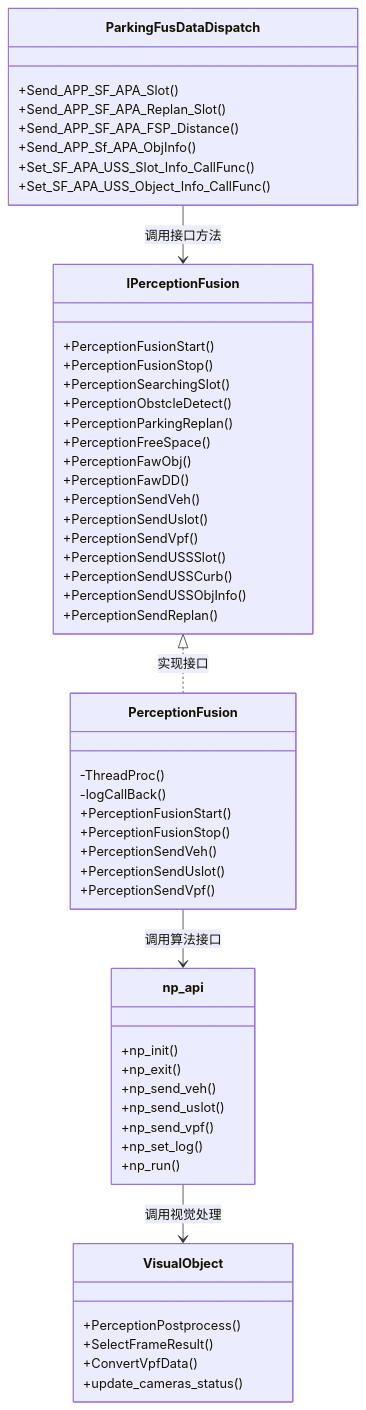
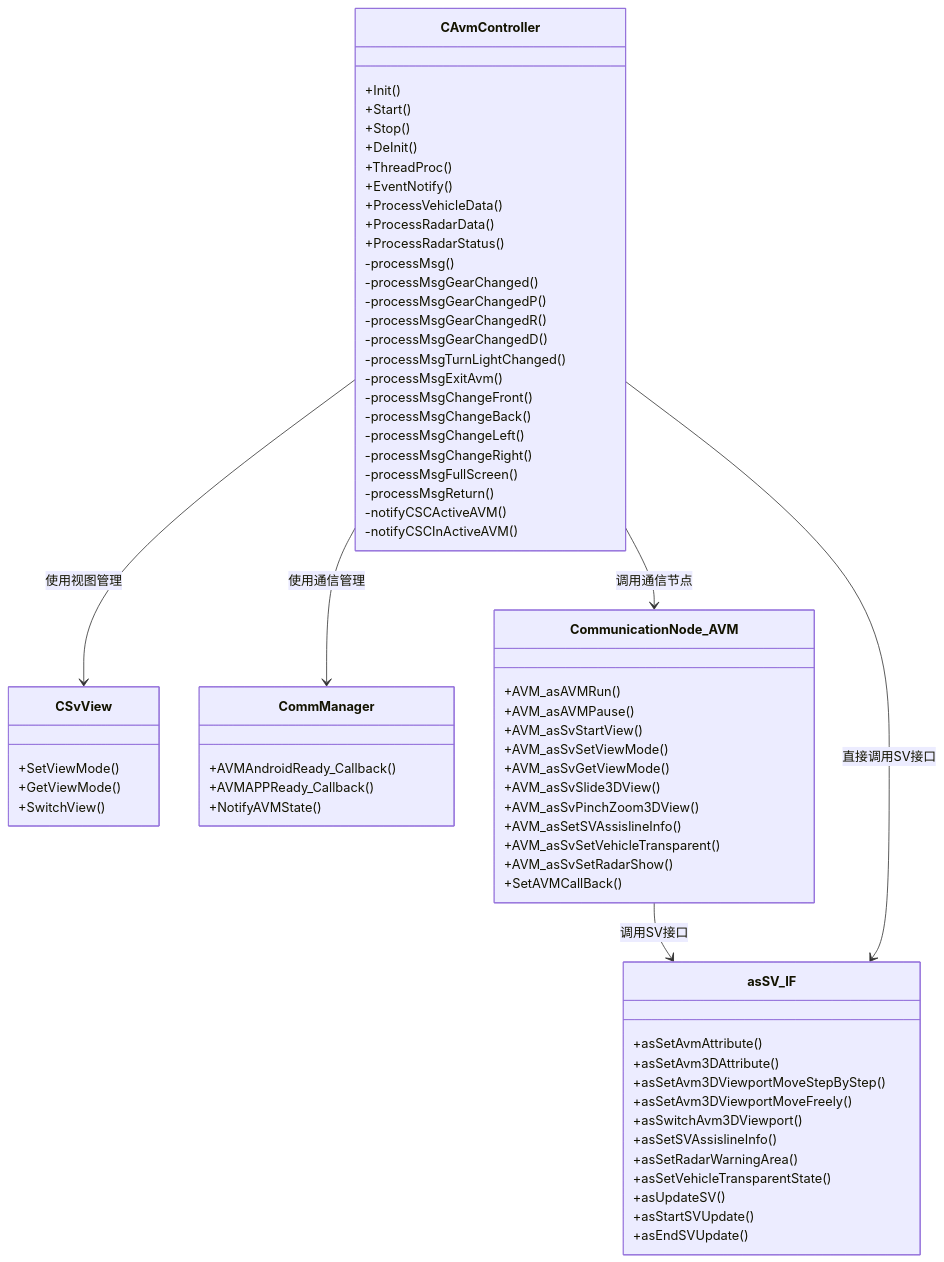
One commit to wangye311/AVM changed the second of 9 diagrams in 项目架构图.md. Above: the diagram before and after it, drawn with Mermaid. The commit also changed other lines of this file, not shown here.

````diff
--- a/项目架构图.md
+++ b/项目架构图.md
@@ -379,61 +119,75 @@
 ```mermaid
 classDiagram
-    class ParkingFusDataDispatch {
-        +Send_APP_SF_APA_Slot()
-        +Send_APP_SF_APA_Replan_Slot()
-        +Send_APP_SF_APA_FSP_Distance()
-        +Send_APP_Sf_APA_ObjInfo()
-        +Set_SF_APA_USS_Slot_Info_CallFunc()
-        +Set_SF_APA_USS_Object_Info_CallFunc()
+    class CAvmController {
+        +Init()
+        +Start()
+        +Stop()
+        +DeInit()
+        +ThreadProc()
+        +EventNotify()
+        +ProcessVehicleData()
+        +ProcessRadarData()
+        +ProcessRadarStatus()
+        -processMsg()
+        -processMsgGearChanged()
+        -processMsgGearChangedP()
+        -processMsgGearChangedR()
+        -processMsgGearChangedD()
+        -processMsgTurnLightChanged()
+        -processMsgExitAvm()
+        -processMsgChangeFront()
+        -processMsgChangeBack()
+        -processMsgChangeLeft()
+        -processMsgChangeRight()
+        -processMsgFullScreen()
+        -processMsgReturn()
+        -notifyCSCActiveAVM()
+        -notifyCSCInActiveAVM()
     }
     
-    class IPerceptionFusion {
-        +PerceptionFusionStart()
-        +PerceptionFusionStop()
-        +PerceptionSearchingSlot()
-        +PerceptionObstcleDetect()
-        +PerceptionParkingReplan()
-        +PerceptionFreeSpace()
-        +PerceptionFawObj()
-        +PerceptionFawDD()
-        +PerceptionSendVeh()
-        +PerceptionSendUslot()
-        +PerceptionSendVpf()
-        +PerceptionSendUSSSlot()
-        +PerceptionSendUSSCurb()
-        +PerceptionSendUSSObjInfo()
-        +PerceptionSendReplan()
+    class CSvView {
+        +SetViewMode()
+        +GetViewMode()
+        +SwitchView()
     }
     
-    class PerceptionFusion {
-        -ThreadProc()
-        -logCallBack()
-        +PerceptionFusionStart()
-        +PerceptionFusionStop()
-        +PerceptionSendVeh()
-        +PerceptionSendUslot()
-        +PerceptionSendVpf()
+    class CommManager {
+        +AVMAndroidReady_Callback()
+        +AVMAPPReady_Callback()
+        +NotifyAVMState()
     }
     
-    class np_api {
-        +np_init()
-        +np_exit()
-        +np_send_veh()
-        +np_send_uslot()
-        +np_send_vpf()
-        +np_set_log()
-        +np_run()
+    class CommunicationNode_AVM {
+        +AVM_asAVMRun()
+        +AVM_asAVMPause()
+        +AVM_asSvStartView()
+        +AVM_asSvSetViewMode()
+        +AVM_asSvGetViewMode()
+        +AVM_asSvSlide3DView()
+        +AVM_asSvPinchZoom3DView()
+        +AVM_asSetSVAssislineInfo()
+        +AVM_asSvSetVehicleTransparent()
+        +AVM_asSvSetRadarShow()
+        +SetAVMCallBack()
     }
     
-    class VisualObject {
-        +PerceptionPostprocess()
-        +SelectFrameResult()
-        +ConvertVpfData()
-        +update_cameras_status()
+    class asSV_IF {
+        +asSetAvmAttribute()
+        +asSetAvm3DAttribute()
+        +asSetAvm3DViewportMoveStepByStep()
+        +asSetAvm3DViewportMoveFreely()
+        +asSwitchAvm3DViewport()
+        +asSetSVAssislineInfo()
+        +asSetRadarWarningArea()
+        +asSetVehicleTransparentState()
+        +asUpdateSV()
+        +asStartSVUpdate()
+        +asEndSVUpdate()
     }
     
-    ParkingFusDataDispatch --> IPerceptionFusion : 调用接口方法
-    IPerceptionFusion <|.. PerceptionFusion : 实现接口
-    PerceptionFusion --> np_api : 调用算法接口
-    np_api --> VisualObject : 调用视觉处理
+    CAvmController --> CSvView : 使用视图管理
+    CAvmController --> CommManager : 使用通信管理
+    CAvmController --> CommunicationNode_AVM : 调用通信节点
+    CommunicationNode_AVM --> asSV_IF : 调用SV接口
+    CAvmController --> asSV_IF : 直接调用SV接口
 ```
````
